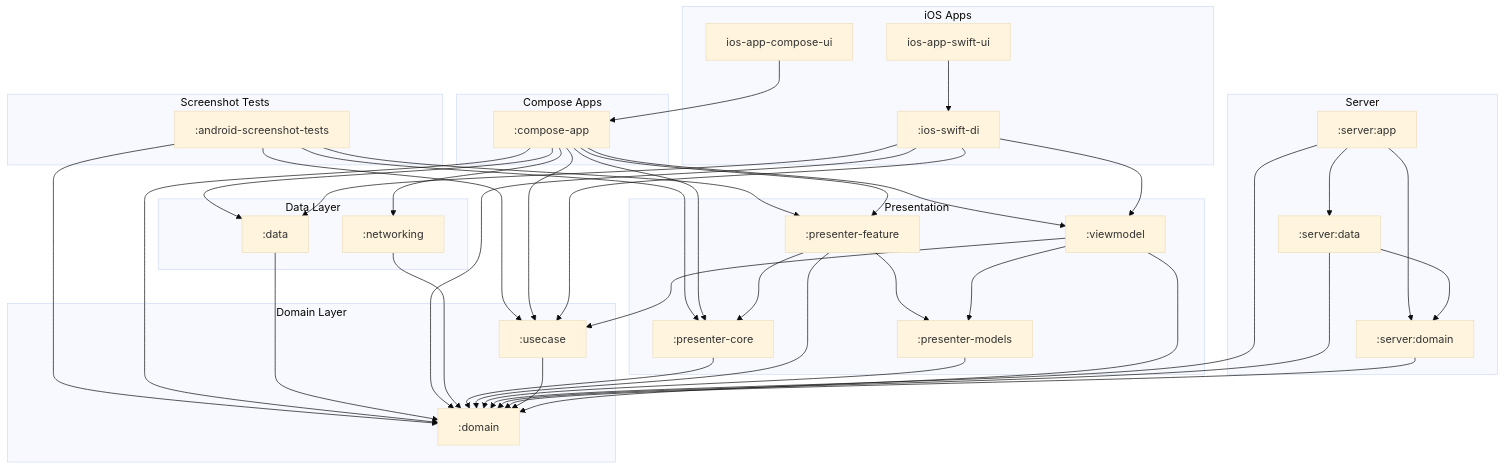
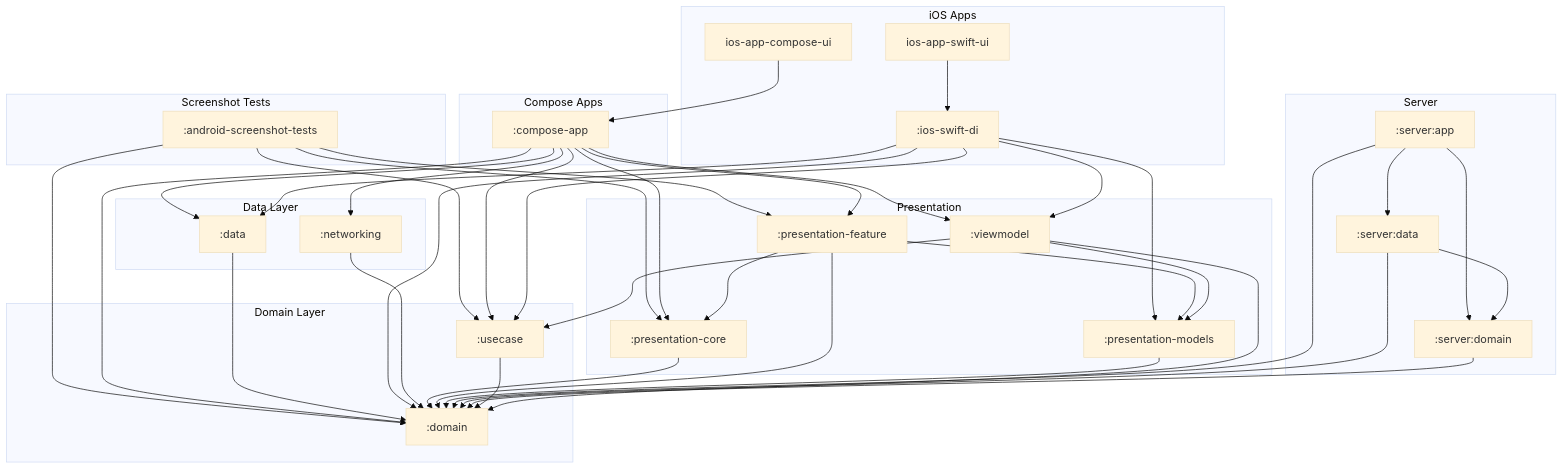
The diagram in docs/diagrams/full_system_structure.mmd (cartland/battery-butler), drawn with Mermaid (base theme) before and after one commit. The commit also changed 32 other files, not shown here.

```diff
--- a/docs/diagrams/full_system_structure.mmd
+++ b/docs/diagrams/full_system_structure.mmd
@@ -1,87 +1,88 @@
 graph TD
     subgraph "Screenshot Tests"
         AndroidScreenshotTests[":android-screenshot-tests"]
     end
 
     subgraph "iOS Apps"
         IosSwiftDi[":ios-swift-di"]
         IosAppComposeUi["ios-app-compose-ui"]
         IosAppSwiftUi["ios-app-swift-ui"]
     end
 
     subgraph "Compose Apps"
         ComposeApp[":compose-app"]
     end
 
     subgraph "Server"
         ServerApp[":server:app"]
         ServerData[":server:data"]
         ServerDomain[":server:domain"]
     end
 
     subgraph "Presentation"
-        PresenterCore[":presenter-core"]
-        PresenterFeature[":presenter-feature"]
-        PresenterModels[":presenter-models"]
+        PresentationCore[":presentation-core"]
+        PresentationFeature[":presentation-feature"]
+        PresentationModels[":presentation-models"]
         Viewmodel[":viewmodel"]
     end
 
     subgraph "Domain Layer"
         Domain[":domain"]
         Usecase[":usecase"]
     end
 
     subgraph "Data Layer"
         Data[":data"]
         Networking[":networking"]
     end
 
     %% Dependencies
     AndroidScreenshotTests --> Domain
-    AndroidScreenshotTests --> PresenterCore
-    AndroidScreenshotTests --> PresenterFeature
+    AndroidScreenshotTests --> PresentationCore
+    AndroidScreenshotTests --> PresentationFeature
     AndroidScreenshotTests --> Usecase
 
     ComposeApp --> Data
     ComposeApp --> Domain
     ComposeApp --> Networking
-    ComposeApp --> PresenterCore
-    ComposeApp --> PresenterFeature
+    ComposeApp --> PresentationCore
+    ComposeApp --> PresentationFeature
     ComposeApp --> Usecase
     ComposeApp --> Viewmodel
 
     Data --> Domain
 
     IosSwiftDi --> Data
     IosSwiftDi --> Domain
+    IosSwiftDi --> PresentationModels
     IosSwiftDi --> Usecase
     IosSwiftDi --> Viewmodel
 
     Networking --> Domain
 
-    PresenterCore --> Domain
+    PresentationCore --> Domain
 
-    PresenterFeature --> Domain
-    PresenterFeature --> PresenterCore
-    PresenterFeature --> PresenterModels
+    PresentationFeature --> Domain
+    PresentationFeature --> PresentationCore
+    PresentationFeature --> PresentationModels
 
-    PresenterModels --> Domain
+    PresentationModels --> Domain
 
     ServerApp --> Domain
     ServerApp --> ServerData
     ServerApp --> ServerDomain
 
     ServerData --> Domain
     ServerData --> ServerDomain
 
     ServerDomain --> Domain
 
     Usecase --> Domain
 
     Viewmodel --> Domain
-    Viewmodel --> PresenterModels
+    Viewmodel --> PresentationModels
     Viewmodel --> Usecase
 
     IosAppComposeUi --> ComposeApp
 
     IosAppSwiftUi --> IosSwiftDi
```
